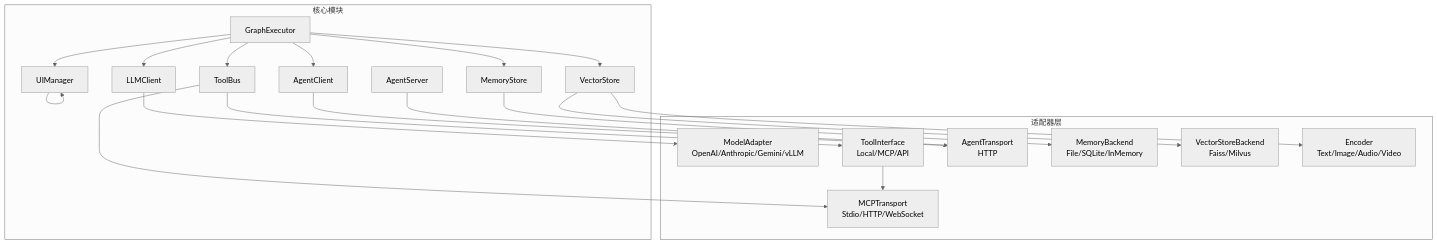
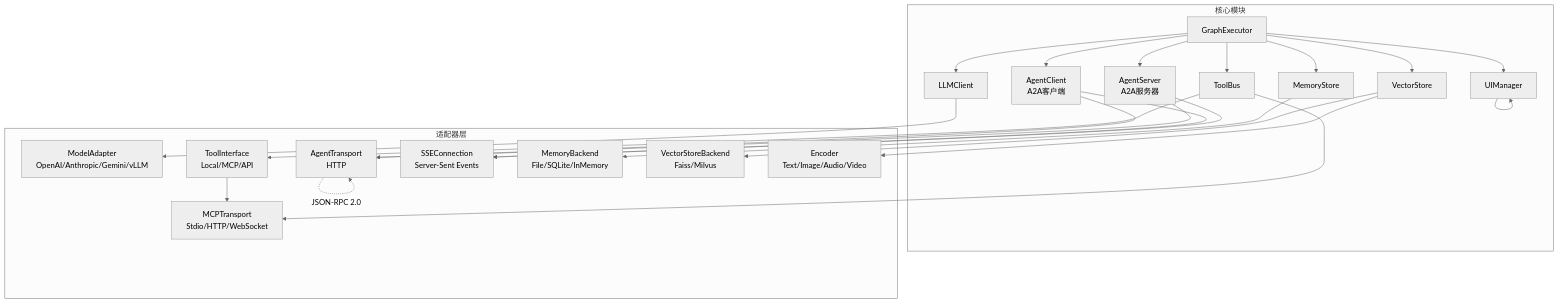
Before and after one commit to Mapoet/taskflow: the third of 3 diagrams in agent_framework/docs/architecture/overview.md, drawn with Mermaid (neutral theme). The commit also changed other lines of this file, not shown here.

First line of the commit message:
Enhance HTTPAgentTransport and SSEConnection classes with destructors and additional private methods

````diff
--- a/agent_framework/docs/architecture/overview.md
+++ b/agent_framework/docs/architecture/overview.md
@@ -2423,42 +2486,47 @@
 ```mermaid
 graph TB
     subgraph "核心模块"
         GRAPH[GraphExecutor]
         LLM[LLMClient]
         TOOL[ToolBus]
-        AGENT_CLIENT[AgentClient]
-        AGENT_SERVER[AgentServer]
+        AGENT_CLIENT[AgentClient<br/>A2A客户端]
+        AGENT_SERVER[AgentServer<br/>A2A服务器]
         MEM[MemoryStore]
         VEC[VectorStore]
         UI[UIManager]
     end
     
     subgraph "适配器层"
         LLM_ADAPTER[ModelAdapter<br/>OpenAI/Anthropic/Gemini/vLLM]
         TOOL_INTERFACE[ToolInterface<br/>Local/MCP/API]
         MCP_TRANSPORT[MCPTransport<br/>Stdio/HTTP/WebSocket]
         AGENT_TRANSPORT[AgentTransport<br/>HTTP]
+        SSE_CONN[SSEConnection<br/>Server-Sent Events]
         MEM_BACKEND[MemoryBackend<br/>File/SQLite/InMemory]
         VEC_BACKEND[VectorStoreBackend<br/>Faiss/Milvus]
         ENCODER[Encoder<br/>Text/Image/Audio/Video]
     end
     
     GRAPH --> LLM
     GRAPH --> TOOL
     GRAPH --> AGENT_CLIENT
+    GRAPH --> AGENT_SERVER
     GRAPH --> MEM
     GRAPH --> VEC
     GRAPH --> UI
     
     LLM --> LLM_ADAPTER
     TOOL --> TOOL_INTERFACE
     TOOL --> MCP_TRANSPORT
     AGENT_CLIENT --> AGENT_TRANSPORT
+    AGENT_CLIENT --> SSE_CONN
     AGENT_SERVER --> AGENT_TRANSPORT
+    AGENT_SERVER --> SSE_CONN
     MEM --> MEM_BACKEND
     VEC --> VEC_BACKEND
     VEC --> ENCODER
     UI --> UI
     
     TOOL_INTERFACE --> MCP_TRANSPORT
+    AGENT_TRANSPORT -.->|JSON-RPC 2.0| AGENT_TRANSPORT
 ```
````
